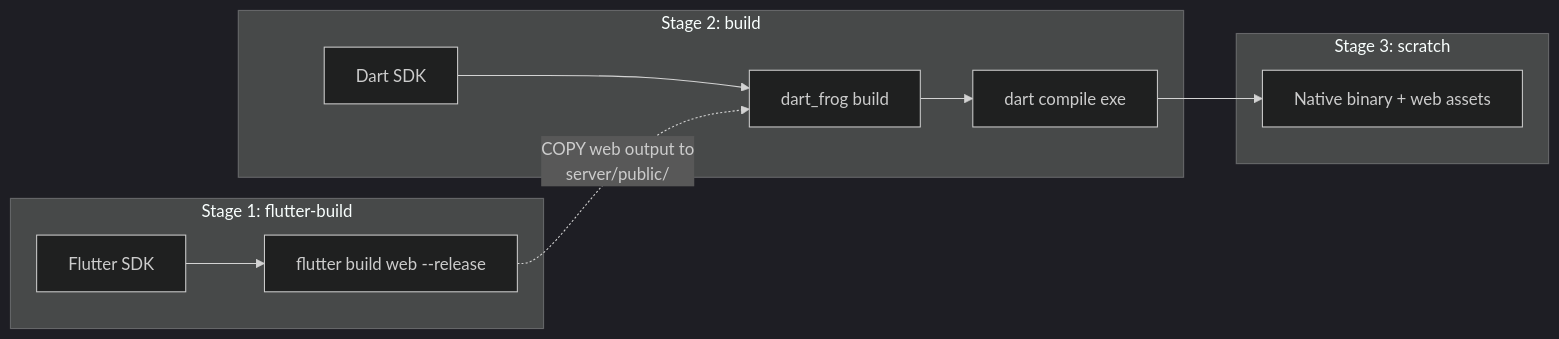
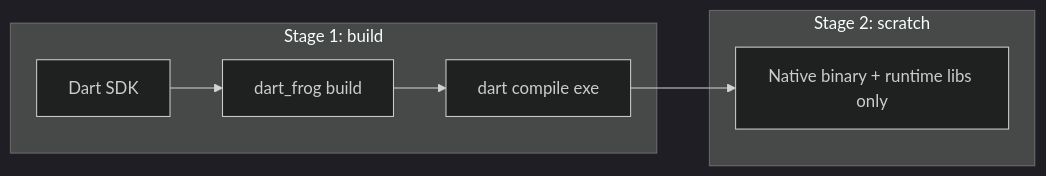
Before and after one commit to adsouza/votasq: the ninth of 11 diagrams in ARCHITECTURE.md, drawn with Mermaid (dark theme). The commit also changed other lines of this file, not shown here.

First line of the commit message:
docs(architecture): document Firebase Hosting + path-filtered deploy pipelines

````diff
--- a/ARCHITECTURE.md
+++ b/ARCHITECTURE.md
@@ -410,18 +415,13 @@
 ```mermaid
 graph LR
-    subgraph "Stage 1: flutter-build"
-        A1[Flutter SDK] --> A2["flutter build web --release"]
+    subgraph "Stage 1: build"
+        B1[Dart SDK] --> B2["dart_frog build"]
+        B2 --> B3["dart compile exe"]
     end
 
-    subgraph "Stage 2: build"
-        B1[Dart SDK] --> B2["dart_frog build"]
-        B2 --> B3["dart compile exe"]
-        A2 -.->|"COPY web output to<br/>server/public/"| B2
-    end
-
-    subgraph "Stage 3: scratch"
-        C1["Native binary + web assets"]
+    subgraph "Stage 2: scratch"
+        C1["Native binary + runtime libs only"]
     end
 
     B3 --> C1
 ```
````
